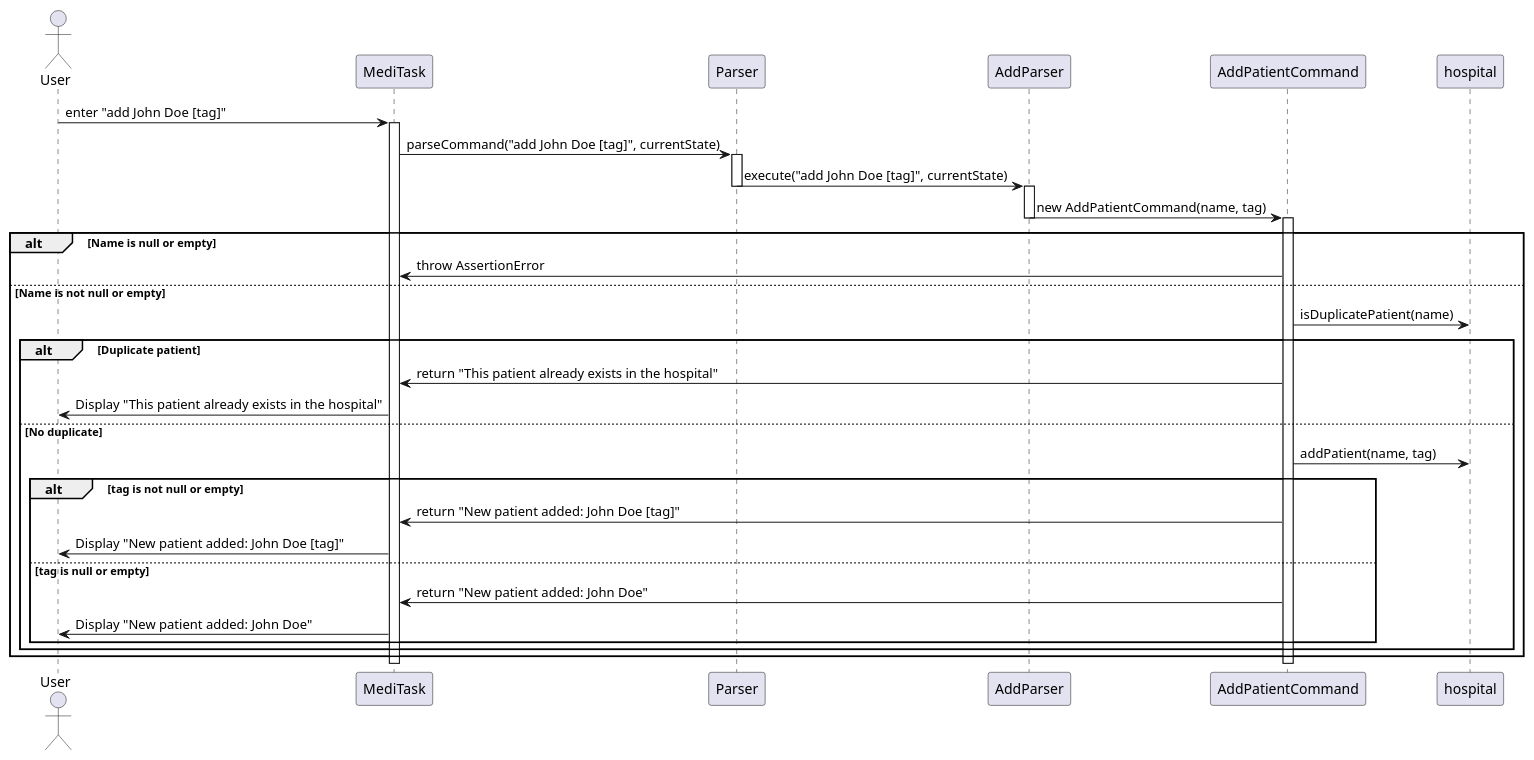
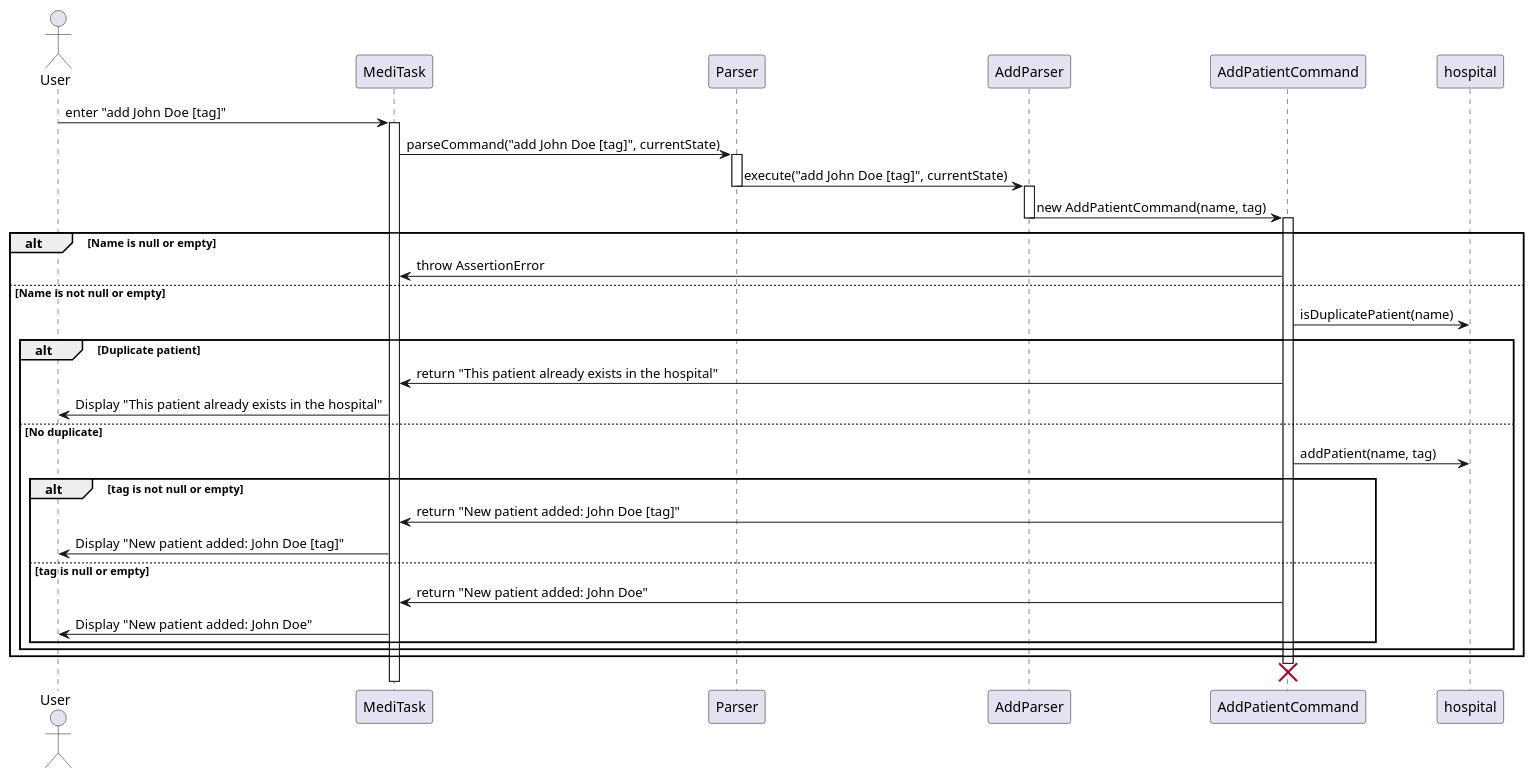
The diagram in docs/diagrams/AddPatientSequenceDiagram.puml (nus-cs2113-AY2425S1/tp), drawn with PlantUML before and after one commit. The commit also changed 3 other files, not shown here.

```diff
--- a/docs/diagrams/AddPatientSequenceDiagram.puml
+++ b/docs/diagrams/AddPatientSequenceDiagram.puml
@@ -1,42 +1,43 @@
 @startuml
 
 actor User
 participant MediTask
 participant Parser
 participant AddParser
 participant AddPatientCommand
 participant hospital
 
 User -> MediTask : enter "add John Doe [tag]"
 activate MediTask
 MediTask -> Parser : parseCommand("add John Doe [tag]", currentState)
 activate Parser
 Parser -> AddParser : execute("add John Doe [tag]", currentState)
 deactivate Parser
 activate AddParser
 AddParser -> AddPatientCommand : new AddPatientCommand(name, tag)
 deactivate AddParser
 activate AddPatientCommand
 
 alt Name is null or empty
     AddPatientCommand -> MediTask : throw AssertionError
 else Name is not null or empty
     AddPatientCommand -> hospital : isDuplicatePatient(name)
     alt Duplicate patient
         AddPatientCommand -> MediTask : return "This patient already exists in the hospital"
         MediTask -> User : Display "This patient already exists in the hospital"
     else No duplicate
         AddPatientCommand -> hospital : addPatient(name, tag)
         alt tag is not null or empty
             AddPatientCommand -> MediTask : return "New patient added: John Doe [tag]"
             MediTask -> User : Display "New patient added: John Doe [tag]"
         else tag is null or empty
             AddPatientCommand -> MediTask : return "New patient added: John Doe"
             MediTask -> User : Display "New patient added: John Doe"
         end
     end
 end
 deactivate AddPatientCommand
+destroy AddPatientCommand
 deactivate MediTask
 
 @enduml
```
